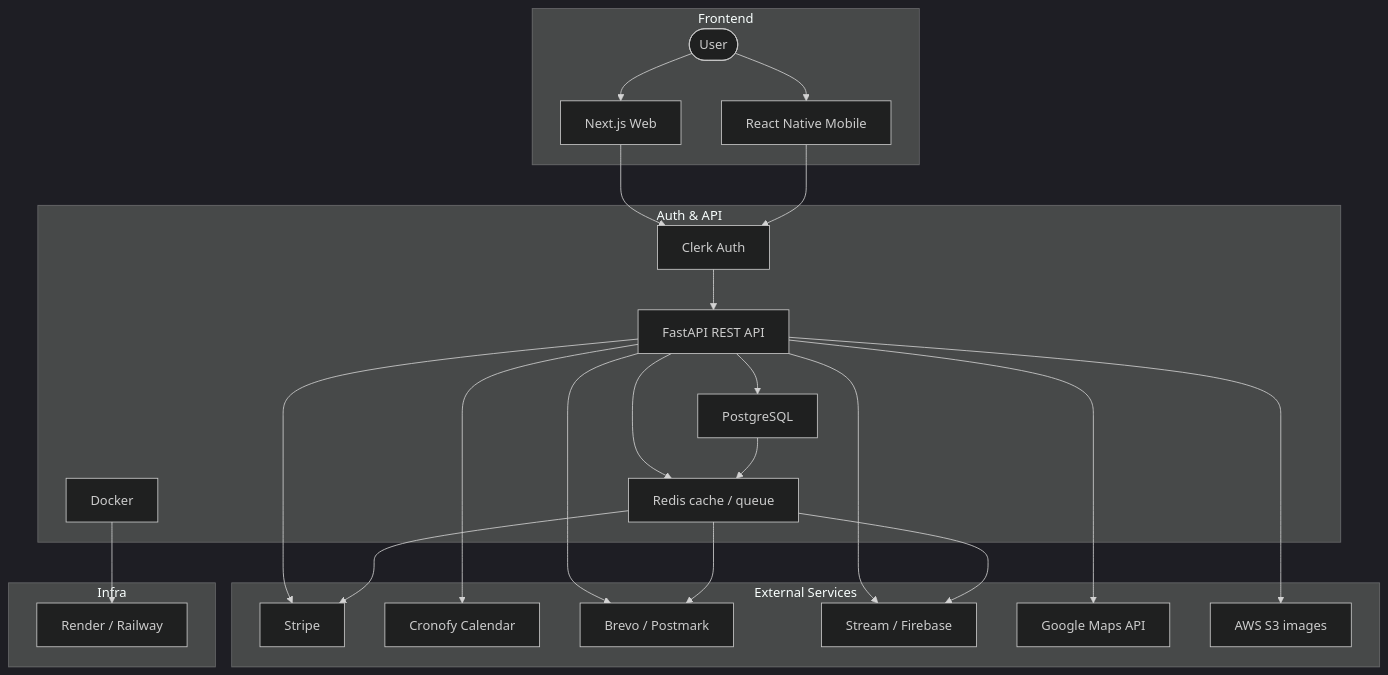
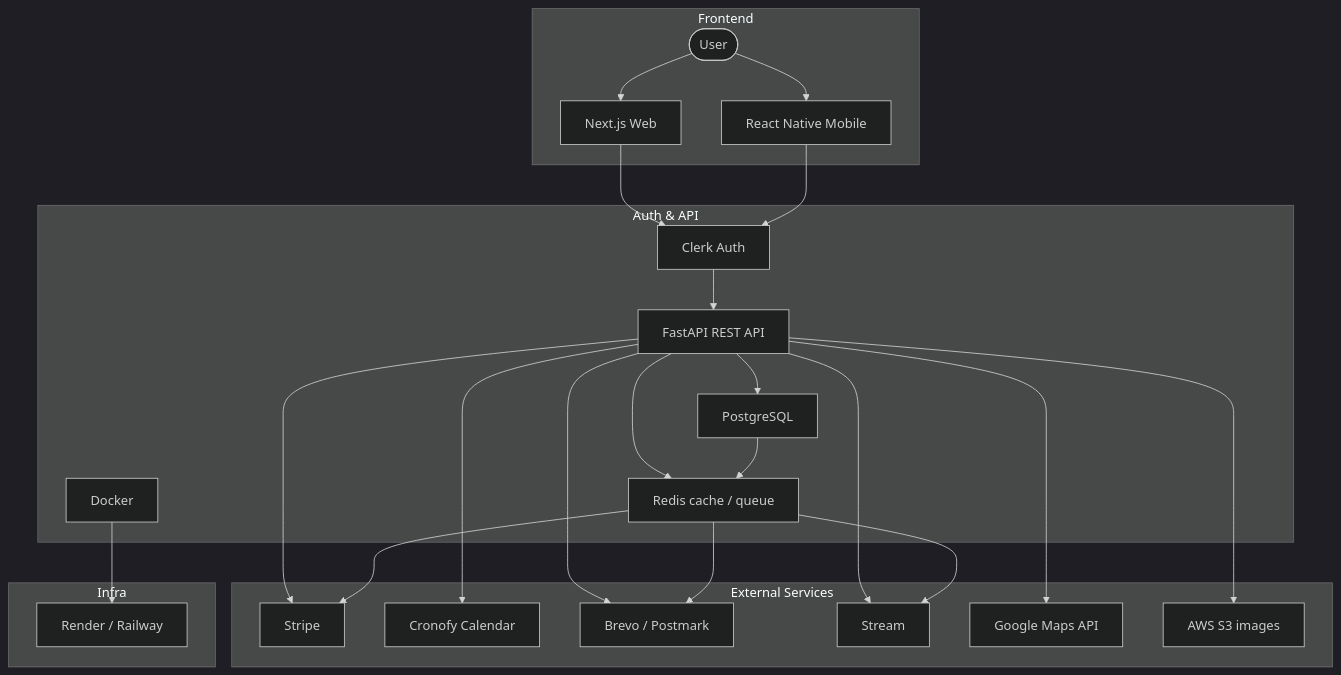
One commit to LabsFood/LF-BackEnd changed the diagram in stack.md. Above: the diagram before and after it, drawn with Mermaid (dark theme). The commit also changed other lines of this file and 1 other file, not shown here.

````diff
--- a/stack.md
+++ b/stack.md
@@ -64,55 +64,55 @@
 ``` mermaid
 graph TD
     subgraph Frontend
         A([User])
         B[Next.js Web]
         C[React Native Mobile]
     end
 
     subgraph Auth & API
         D[Clerk Auth]
         E[FastAPI REST API]
         F[Docker]
         G[Redis cache / queue]
         H[PostgreSQL]
     end
 
     subgraph External Services
         I[Stripe]
         J[Cronofy Calendar]
         K[Brevo / Postmark]
-        L[Stream / Firebase]
+        L[Stream]
         M[Google Maps API]
         N[AWS S3 images]
     end
 
     subgraph Infra
         O[Render / Railway]
     end
 
     %% Flow
     A --> B
     A --> C
     B --> D
     C --> D
     D --> E
 
     E --> H
     E --> G
 
     E --> I
     E --> J
     E --> K
     E --> L
     E --> M
     E --> N
 
     G --> K
     G --> L
     G --> I
 
     H --> G
 
     F --> O
 
 ```
````
